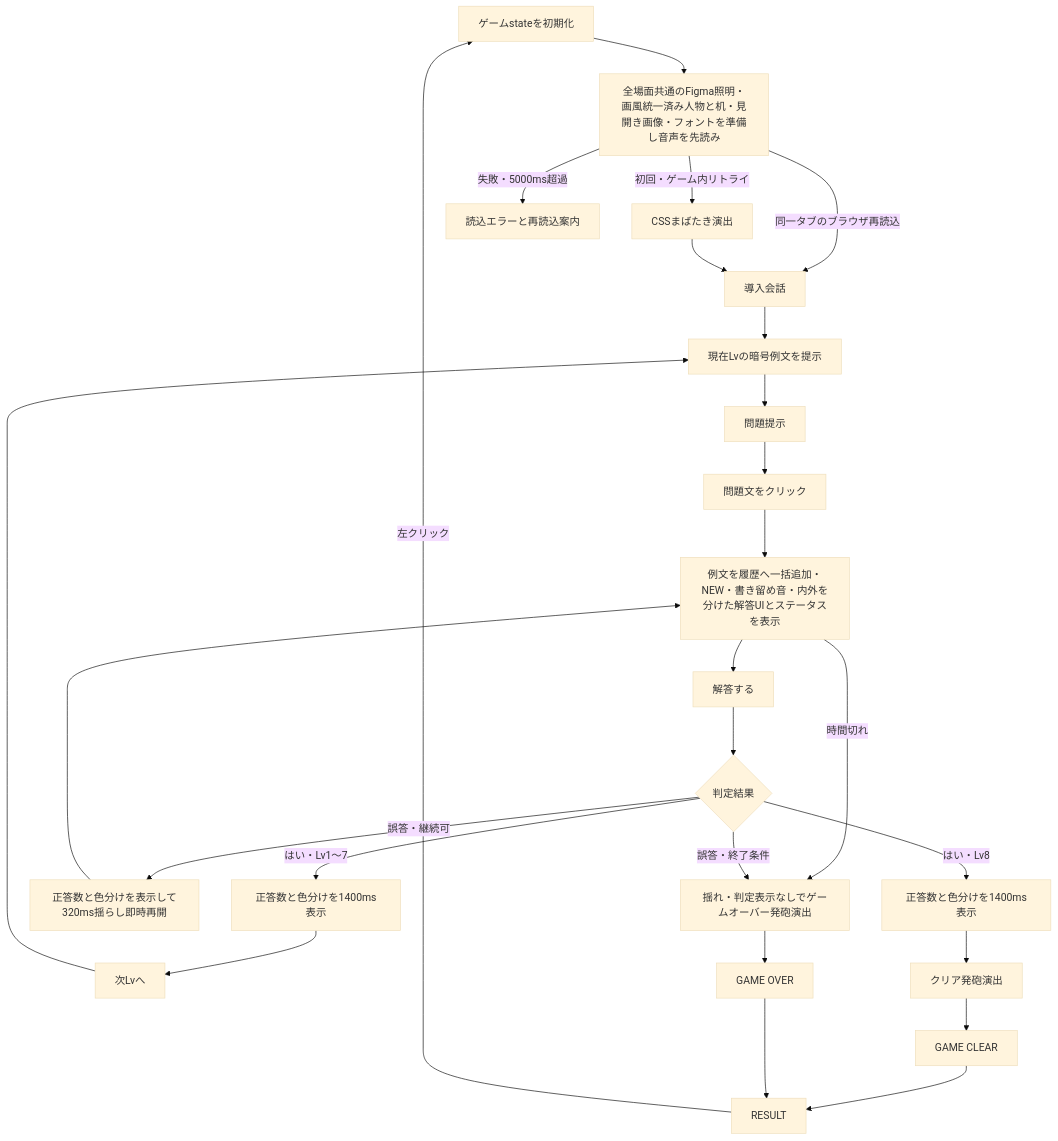
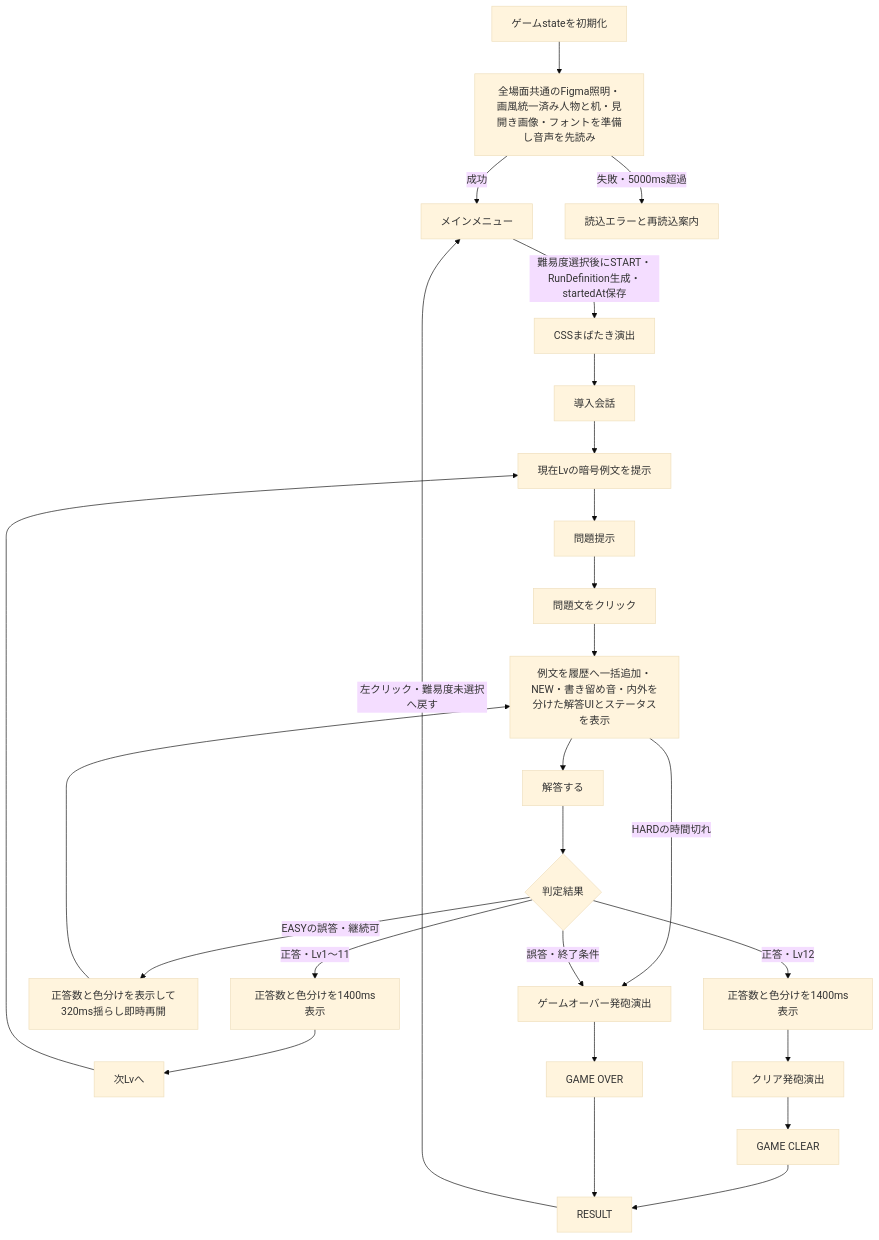
The first of 13 diagrams in docs/project-flow.md (lycanthr0pes/language-deciphering-game), drawn with Mermaid (base theme) before and after one commit. The commit also changed other lines of this file and 13 other files, not shown here.

````diff
--- a/docs/project-flow.md
+++ b/docs/project-flow.md
@@ -20,28 +20,28 @@
 ```mermaid
 flowchart TD
     A[ゲームstateを初期化] --> B[全場面共通のFigma照明・画風統一済み人物と机・見開き画像・フォントを準備し音声を先読み]
-    B -->|初回・ゲーム内リトライ| C[CSSまばたき演出]
-    B -->|同一タブのブラウザ再読込| D[導入会話]
+    B -->|成功| C[メインメニュー]
     B -->|失敗・5000ms超過| X[読込エラーと再読込案内]
-    C --> D[導入会話]
-    D --> E[現在Lvの暗号例文を提示]
-    E --> F[問題提示]
-    F --> G[問題文をクリック]
-    G --> H[例文を履歴へ一括追加・NEW・書き留め音・内外を分けた解答UIとステータスを表示]
-    H -->|時間切れ| N[ゲームオーバー発砲演出]
-    H --> I[解答する]
-    I --> K{判定結果}
-    K -->|誤答・継続可| R[正答数と色分けを表示して320ms揺らし即時再開]
-    R --> H
-    K -->|はい・Lv1〜7| J[正答数と色分けを1400ms表示]
-    J --> L[次Lvへ]
-    L --> E
-    K -->|はい・Lv8| S[正答数と色分けを1400ms表示]
+    C -->|難易度選択後にSTART・RunDefinition生成・startedAt保存| D[CSSまばたき演出]
+    D --> E[導入会話]
+    E --> F[現在Lvの暗号例文を提示]
+    F --> G[問題提示]
+    G --> H[問題文をクリック]
+    H --> I[例文を履歴へ一括追加・NEW・書き留め音・内外を分けた解答UIとステータスを表示]
+    I -->|HARDの時間切れ| N[ゲームオーバー発砲演出]
+    I --> J[解答する]
+    J --> K{判定結果}
+    K -->|EASYの誤答・継続可| R[正答数と色分けを表示して320ms揺らし即時再開]
+    R --> I
+    K -->|正答・Lv1〜11| L[正答数と色分けを1400ms表示]
+    L --> T[次Lvへ]
+    T --> F
+    K -->|正答・Lv12| S[正答数と色分けを1400ms表示]
     S --> M[クリア発砲演出]
-    K -->|誤答・終了条件| N[揺れ・判定表示なしでゲームオーバー発砲演出]
+    K -->|誤答・終了条件| N
     M --> O[GAME CLEAR]
     N --> P[GAME OVER]
     O --> Q[RESULT]
     P --> Q
-    Q -->|左クリック| A
+    Q -->|左クリック・難易度未選択へ戻す| C
 ```
````
